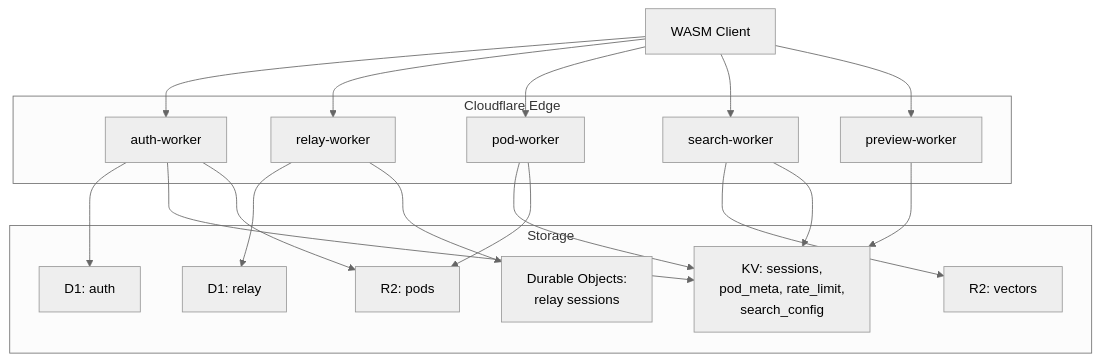
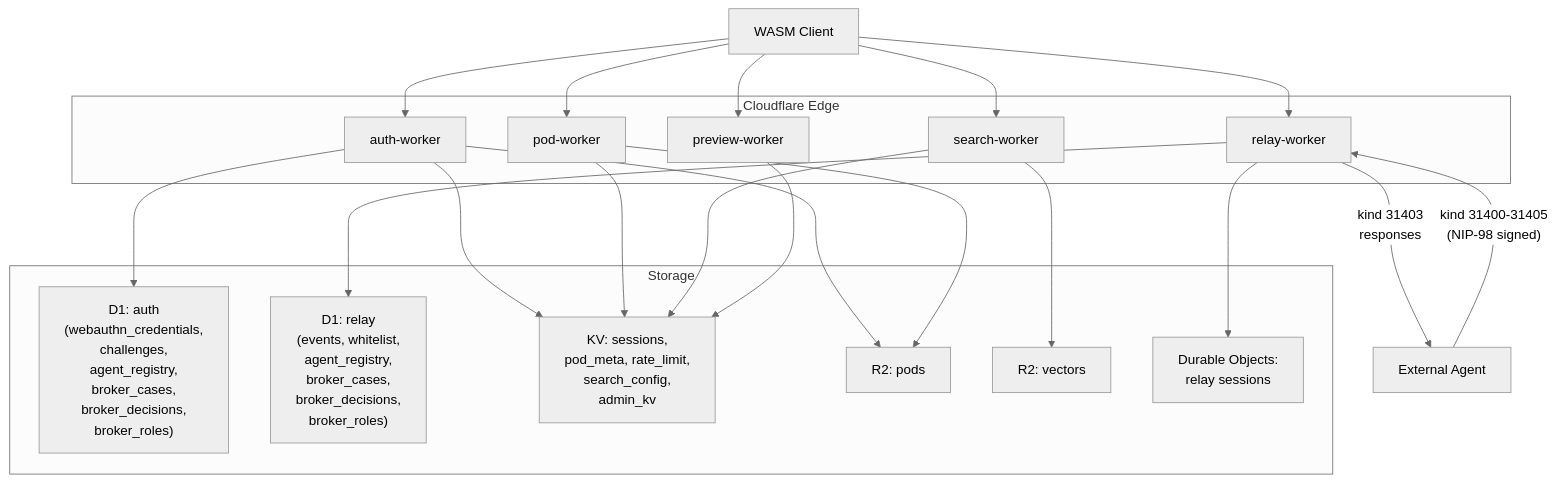
One commit to DreamLab-AI/nostr-rust-forum changed the second of 5 diagrams in docs/architecture.md. Above: the diagram before and after it, drawn with Mermaid (neutral theme). The commit also changed other lines of this file and 25 other files, not shown here.

First line of the commit message:
feat: Agent Control Surface Protocol — governance kinds 31400-31405, broker pattern, reactive UI

````diff
--- a/docs/architecture.md
+++ b/docs/architecture.md
@@ -41,36 +49,38 @@
 ```mermaid
 graph TD
     subgraph "Cloudflare Edge"
         AW["auth-worker"]
         RW["relay-worker"]
         PW["pod-worker"]
         SW["search-worker"]
         PRW["preview-worker"]
     end
 
     subgraph "Storage"
-        D1A["D1: auth"]
-        D1R["D1: relay"]
-        KV["KV: sessions,<br/>pod_meta, rate_limit,<br/>search_config"]
+        D1A["D1: auth<br/>(webauthn_credentials,<br/>challenges,<br/>agent_registry,<br/>broker_cases,<br/>broker_decisions,<br/>broker_roles)"]
+        D1R["D1: relay<br/>(events, whitelist,<br/>agent_registry,<br/>broker_cases,<br/>broker_decisions,<br/>broker_roles)"]
+        KV["KV: sessions,<br/>pod_meta, rate_limit,<br/>search_config,<br/>admin_kv"]
         R2P["R2: pods"]
         R2V["R2: vectors"]
         DO["Durable Objects:<br/>relay sessions"]
     end
 
     AW --> D1A
     AW --> KV
     AW --> R2P
     RW --> D1R
     RW --> DO
     PW --> KV
     PW --> R2P
     SW --> R2V
     SW --> KV
     PRW --> KV
 
     CLIENT["WASM Client"] --> AW
     CLIENT --> RW
     CLIENT --> PW
     CLIENT --> SW
     CLIENT --> PRW
+    AGENT["External Agent"] -->|"kind 31400-31405<br/>(NIP-98 signed)"| RW
+    RW -->|"kind 31403<br/>responses"| AGENT
 ```
````
